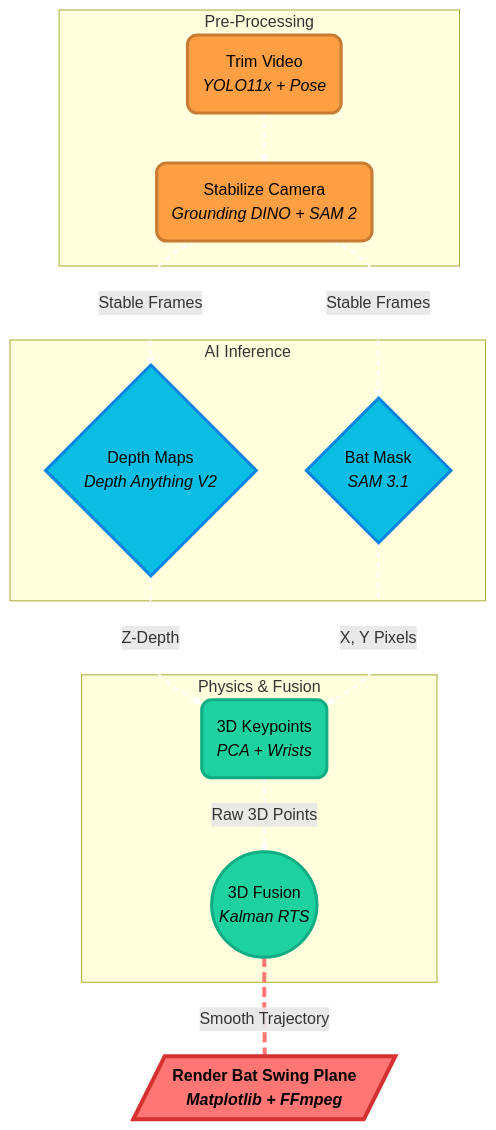
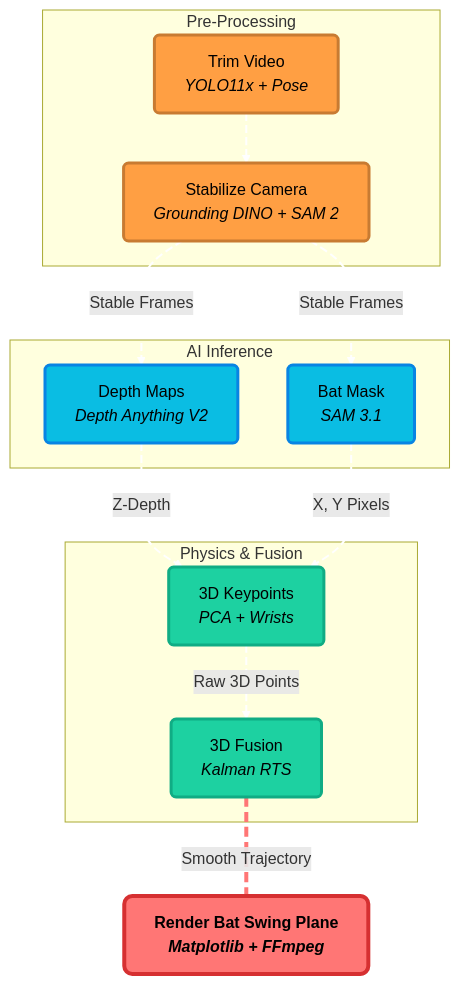
Before and after one commit to adnanmsk/blog_privew: the fifth of 5 diagrams in pipeline_diagrams.md, drawn with Mermaid. The commit also changed other lines of this file, not shown here.

Commit message:
Update Option 5 with uniform rectangles and Option 3 animation

````diff
--- a/pipeline_diagrams.md
+++ b/pipeline_diagrams.md
@@ -158,29 +150,29 @@
 ```mermaid
 graph TD
     %% Custom Premium Styles
-    classDef prep fill:#ff9f43,stroke:#c87b32,color:#000,stroke-width:3px,rx:10px,ry:10px;
-    classDef infer fill:#0abde3,stroke:#0984e3,color:#000,stroke-width:3px,rx:10px,ry:10px;
-    classDef phys fill:#1dd1a1,stroke:#10ac84,color:#000,stroke-width:3px,rx:10px,ry:10px;
-    classDef out fill:#ff7675,stroke:#d63031,color:#000,stroke-width:4px,rx:15px,ry:15px,font-weight:bold;
+    classDef prep fill:#ff9f43,stroke:#c87b32,color:#000,stroke-width:3px,rx:5px,ry:5px;
+    classDef infer fill:#0abde3,stroke:#0984e3,color:#000,stroke-width:3px,rx:5px,ry:5px;
+    classDef phys fill:#1dd1a1,stroke:#10ac84,color:#000,stroke-width:3px,rx:5px,ry:5px;
+    classDef out fill:#ff7675,stroke:#d63031,color:#000,stroke-width:4px,rx:8px,ry:8px,font-weight:bold;
 
     subgraph Pre-Processing
-        T("Trim Video<br><i>YOLO11x + Pose</i>"):::prep --> S("Stabilize Camera<br><i>Grounding DINO + SAM 2</i>"):::prep
+        T["Trim Video<br><i>YOLO11x + Pose</i>"]:::prep --> S["Stabilize Camera<br><i>Grounding DINO + SAM 2</i>"]:::prep
     end
     
     subgraph AI Inference
-        S -- "Stable Frames" --> D{"Depth Maps<br><i>Depth Anything V2</i>"}:::infer
-        S -- "Stable Frames" --> Seg{"Bat Mask<br><i>SAM 3.1</i>"}:::infer
+        S -- "Stable Frames" --> D["Depth Maps<br><i>Depth Anything V2</i>"]:::infer
+        S -- "Stable Frames" --> Seg["Bat Mask<br><i>SAM 3.1</i>"]:::infer
     end
     
     subgraph Physics & Fusion
-        D -- "Z-Depth" --> K("3D Keypoints<br><i>PCA + Wrists</i>"):::phys
+        D -- "Z-Depth" --> K["3D Keypoints<br><i>PCA + Wrists</i>"]:::phys
         Seg -- "X, Y Pixels" --> K
-        K -- "Raw 3D Points" --> F(("3D Fusion<br><i>Kalman RTS</i>")):::phys
+        K -- "Raw 3D Points" --> F["3D Fusion<br><i>Kalman RTS</i>"]:::phys
     end
     
-    F == "Smooth Trajectory" === R[/"Render Bat Swing Plane<br><i>Matplotlib + FFmpeg</i>"/]:::out
+    F == "Smooth Trajectory" === R["Render Bat Swing Plane<br><i>Matplotlib + FFmpeg</i>"]:::out
 
-    %% True CSS Animated Dashed Flow Lines
-    linkStyle 0,1,2,3,4,5 stroke:#fff,stroke-width:2px,stroke-dasharray: 5 5,animation: movingDash 1s linear infinite;
-    linkStyle 6 stroke:#ff7675,stroke-width:4px,stroke-dasharray: 10 5,animation: movingDash 0.5s linear infinite;
+    %% Animation like Option 3
+    linkStyle 0,1,2,3,4,5 stroke:#fff,stroke-width:2px,stroke-dasharray: 8 4;
+    linkStyle 6 stroke:#ff7675,stroke-width:4px,stroke-dasharray: 10 5;
 ```
````
